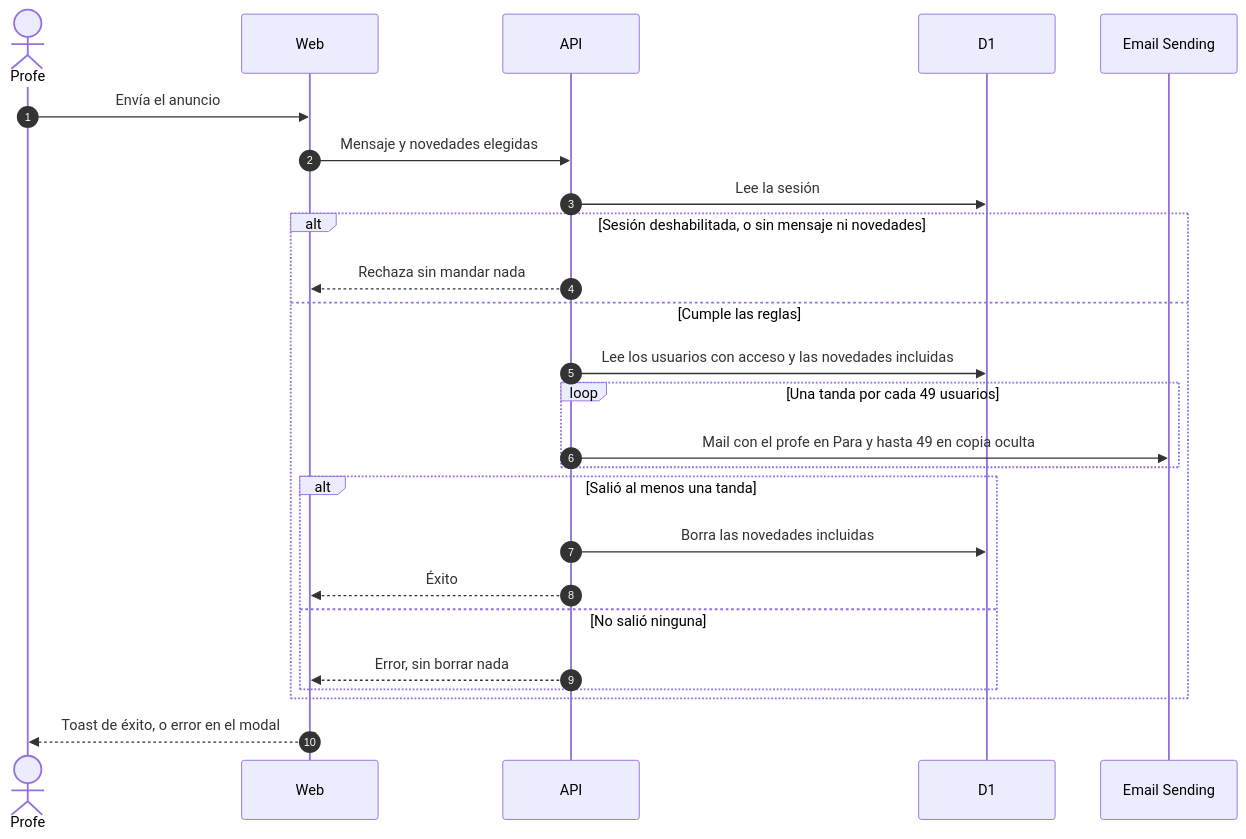
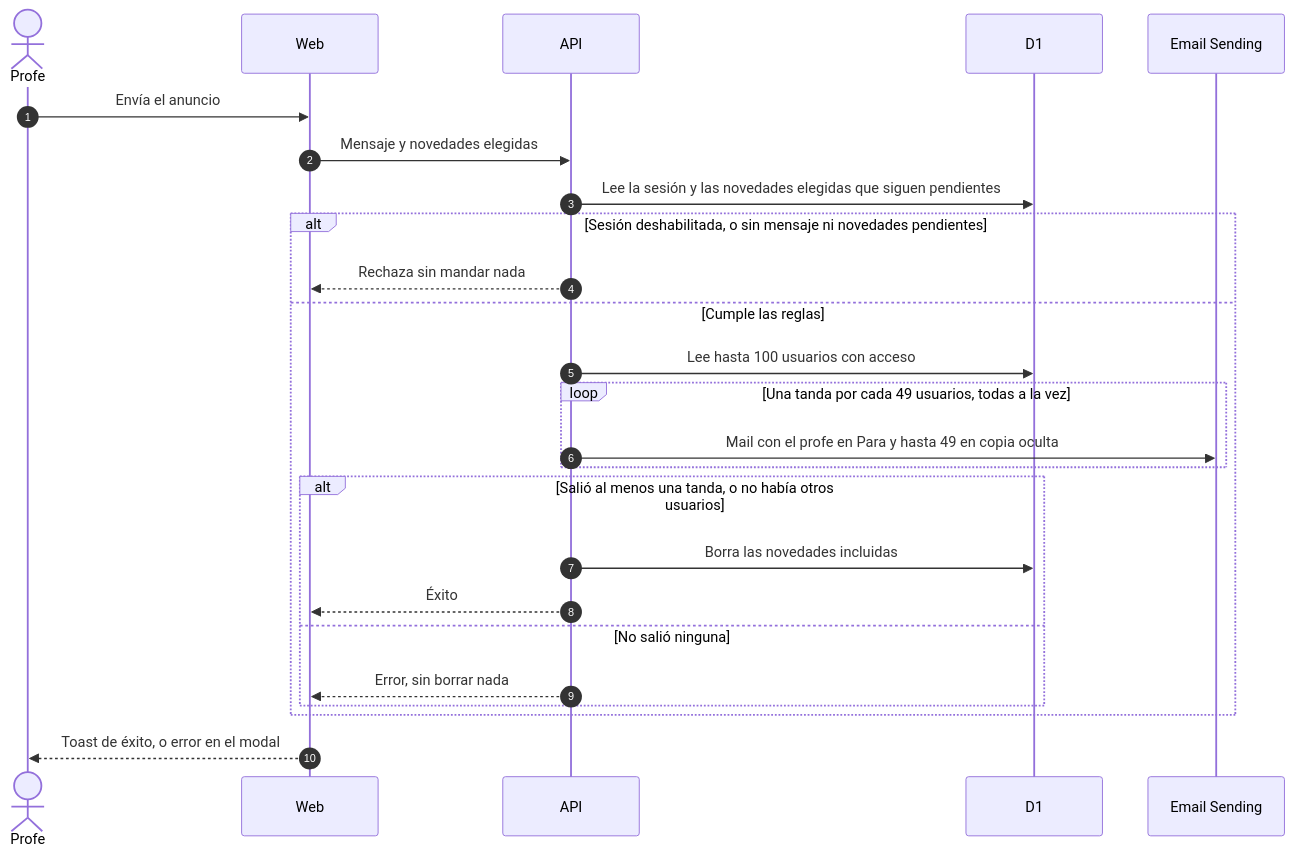
The second of 2 diagrams in app/docs/architecture/novedades-por-mail.md (filadd/agentic-engineering-famaf-extension-course), drawn with Mermaid before and after one commit. The commit also changed other lines of this file and 3 other files, not shown here.

````diff
--- a/app/docs/architecture/novedades-por-mail.md
+++ b/app/docs/architecture/novedades-por-mail.md
@@ -73,28 +73,28 @@
 ```mermaid
 sequenceDiagram
     autonumber
     actor P as Profe
     participant W as Web
     participant A as API
     participant D as D1
     participant M as Email Sending
 
     P->>W: Envía el anuncio
     W->>A: Mensaje y novedades elegidas
-    A->>D: Lee la sesión
-    alt Sesión deshabilitada, o sin mensaje ni novedades
+    A->>D: Lee la sesión y las novedades elegidas que siguen pendientes
+    alt Sesión deshabilitada, o sin mensaje ni novedades pendientes
         A-->>W: Rechaza sin mandar nada
     else Cumple las reglas
-        A->>D: Lee los usuarios con acceso y las novedades incluidas
-        loop Una tanda por cada 49 usuarios
+        A->>D: Lee hasta 100 usuarios con acceso
+        loop Una tanda por cada 49 usuarios, todas a la vez
             A->>M: Mail con el profe en Para y hasta 49 en copia oculta
         end
-        alt Salió al menos una tanda
+        alt Salió al menos una tanda, o no había otros usuarios
             A->>D: Borra las novedades incluidas
             A-->>W: Éxito
         else No salió ninguna
             A-->>W: Error, sin borrar nada
         end
     end
     W-->>P: Toast de éxito, o error en el modal
 ```
````
